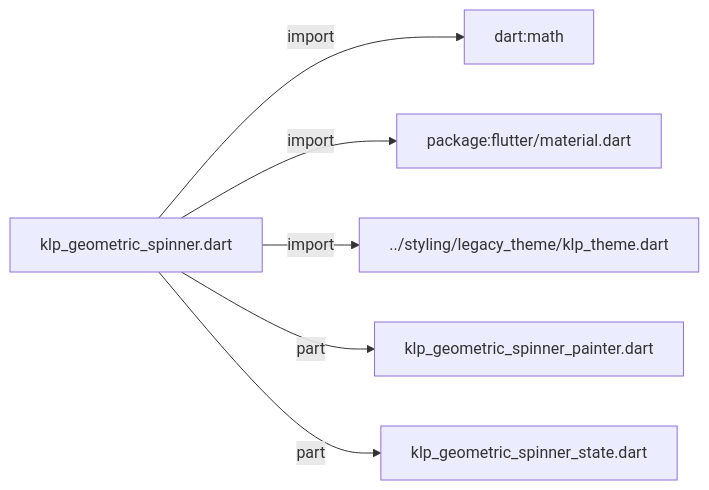
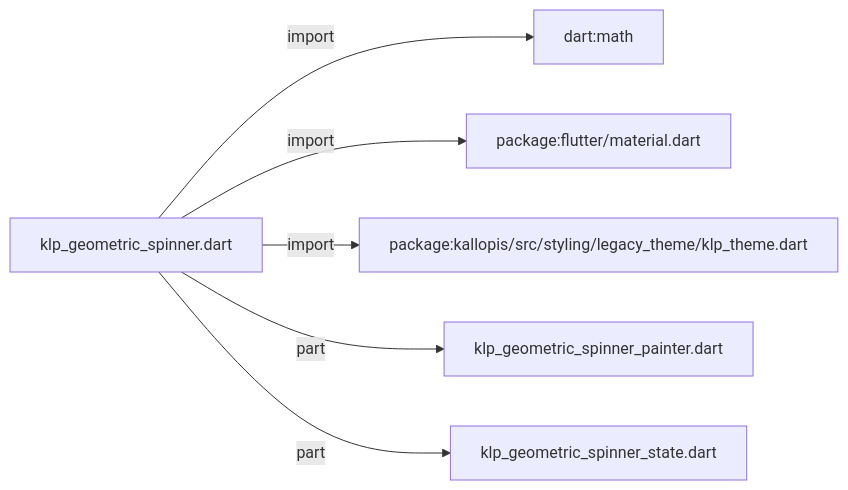
One commit to MiuDog/Kallopis changed the first of 3 diagrams in docs/architecture/src/foundation/klp_geometric_spinner.md. Above: the diagram before and after it, drawn with Mermaid. The commit also changed other lines of this file and 9688 other files, not shown here.

Commit message:
Prepare isolated Flow F2 peer baseline

````diff
--- a/docs/architecture/src/foundation/klp_geometric_spinner.md
+++ b/docs/architecture/src/foundation/klp_geometric_spinner.md
@@ -11,14 +11,14 @@
 ```mermaid
 flowchart LR
 	n0["klp_geometric_spinner.dart"]
 	n1["dart:math"]
 	n2["package:flutter/material.dart"]
-	n3["../styling/legacy_theme/klp_theme.dart"]
+	n3["package:kallopis/src/styling/legacy_theme/klp_theme.dart"]
 	n4["klp_geometric_spinner_painter.dart"]
 	n5["klp_geometric_spinner_state.dart"]
 	n0 -->|"import"| n1
 	n0 -->|"import"| n2
 	n0 -->|"import"| n3
 	n0 -->|"part"| n4
 	n0 -->|"part"| n5
 ```
````
